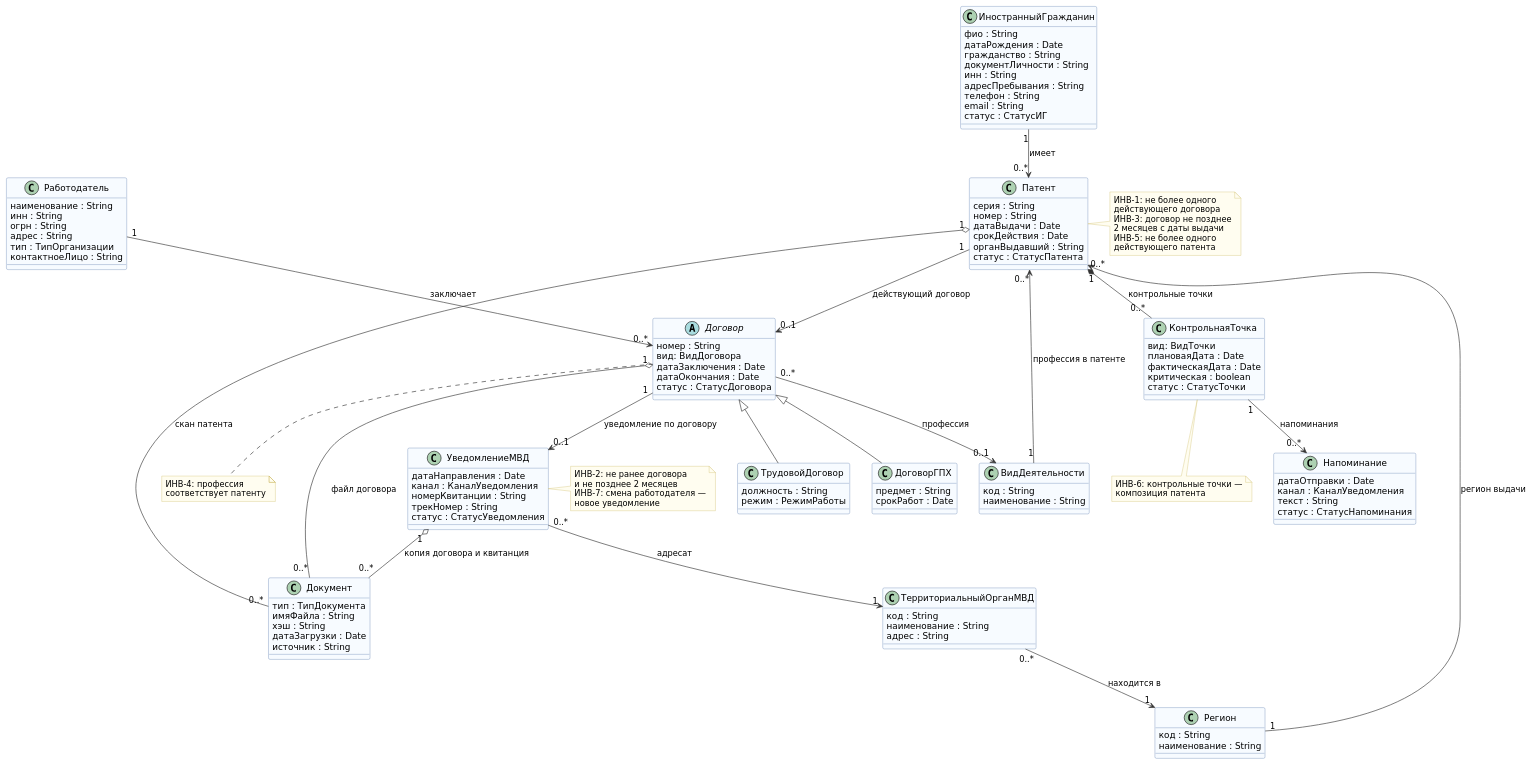
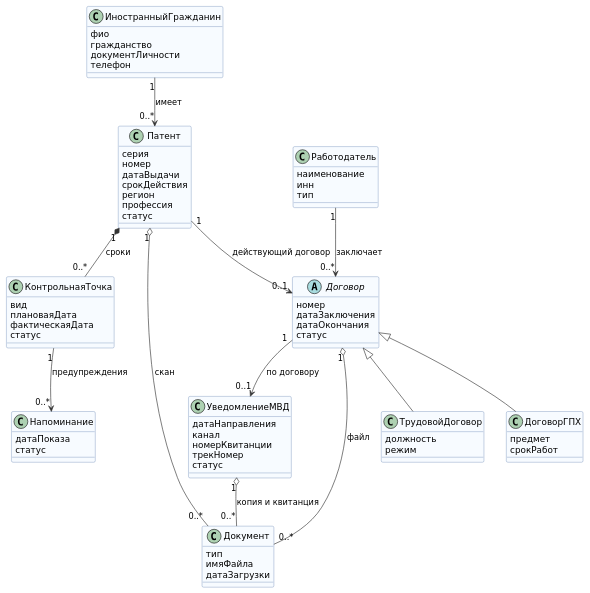
Before and after one commit to mflkee/fms-course: the diagram in lab2-domain-model/class-diagram.puml, drawn with PlantUML. The commit also changed 30 other files, not shown here.

Commit message:
лаб. 1-2: прецеденты в форме существительных, модель сокращена до 10 классов

```diff
--- a/lab2-domain-model/class-diagram.puml
+++ b/lab2-domain-model/class-diagram.puml
@@ -1,165 +1,88 @@
 @startuml class-diagram
-' Диаграмма классов предметной области: «Действия после получения патента» (тема 7 дорожной карты)
-' Состав и кратности — по DESIGN.md, раздел 5.
-' Рендер: plantuml -tpng class-diagram.puml
-' Проверка: plantuml -checkonly class-diagram.puml
-
+' Лаб. 2: модель предметной области темы 7 (пункты 7.1 и 7.2).
+' Только атрибуты; без id, методов и модификаторов доступа.
 skinparam shadowing false
 skinparam defaultFontName "DejaVu Sans"
 skinparam classAttributeIconSize 0
 skinparam class {
   BackgroundColor #F7FBFF
   BorderColor #4A6FA5
-  ArrowColor #333333
 }
-skinparam note {
-  BackgroundColor #FFFDF0
-  BorderColor #C9B458
-}
+skinparam ArrowColor #333333
 
-' --- участники и патент ---
 class ИностранныйГражданин {
-  фио : String
-  датаРождения : Date
-  гражданство : String
-  документЛичности : String
-  инн : String
-  адресПребывания : String
-  телефон : String
-  email : String
-  статус : СтатусИГ
+  фио
+  гражданство
+  документЛичности
+  телефон
 }
 
 class Патент {
-  серия : String
-  номер : String
-  датаВыдачи : Date
-  срокДействия : Date
-  органВыдавший : String
-  статус : СтатусПатента
-}
-
-class Регион {
-  код : String
-  наименование : String
-}
-
-class ВидДеятельности {
-  код : String
-  наименование : String
+  серия
+  номер
+  датаВыдачи
+  срокДействия
+  регион
+  профессия
+  статус
 }
 
 class Работодатель {
-  наименование : String
-  инн : String
-  огрн : String
-  адрес : String
-  тип : ТипОрганизации
-  контактноеЛицо : String
+  наименование
+  инн
+  тип
 }
 
-' --- договоры ---
 abstract class Договор {
-  номер : String
-  вид: ВидДоговора
-  датаЗаключения : Date
-  датаОкончания : Date
-  статус : СтатусДоговора
+  номер
+  датаЗаключения
+  датаОкончания
+  статус
 }
 class ТрудовойДоговор {
-  должность : String
-  режим : РежимРаботы
+  должность
+  режим
 }
 class ДоговорГПХ {
-  предмет : String
-  срокРабот : Date
+  предмет
+  срокРабот
 }
 Договор <|-- ТрудовойДоговор
 Договор <|-- ДоговорГПХ
 
 class УведомлениеМВД {
-  датаНаправления : Date
-  канал : КаналУведомления
-  номерКвитанции : String
-  трекНомер : String
-  статус : СтатусУведомления
+  датаНаправления
+  канал
+  номерКвитанции
+  трекНомер
+  статус
 }
 
-class ТерриториальныйОрганМВД {
-  код : String
-  наименование : String
-  адрес : String
-}
-
-' --- сроки ---
 class КонтрольнаяТочка {
-  вид: ВидТочки
-  плановаяДата : Date
-  фактическаяДата : Date
-  критическая : boolean
-  статус : СтатусТочки
+  вид
+  плановаяДата
+  фактическаяДата
+  статус
 }
 
 class Напоминание {
-  датаОтправки : Date
-  канал : КаналУведомления
-  текст : String
-  статус : СтатусНапоминания
+  датаПоказа
+  статус
 }
 
-' --- документы ---
 class Документ {
-  тип : ТипДокумента
-  имяФайла : String
-  хэш : String
-  датаЗагрузки : Date
-  источник : String
+  тип
+  имяФайла
+  датаЗагрузки
 }
 
-' --- связи (кратности — окончательные, DESIGN.md §5) ---
 ИностранныйГражданин "1" --> "0..*" Патент : имеет
-Регион "1" --> "0..*" Патент : регион выдачи
-ВидДеятельности "1" --> "0..*" Патент : профессия в патенте
-
 Патент "1" --> "0..1" Договор : действующий договор
 Работодатель "1" --> "0..*" Договор : заключает
-Договор "0..*" --> "0..1" ВидДеятельности : профессия
-
-Договор "1" --> "0..1" УведомлениеМВД : уведомление по договору
-УведомлениеМВД "0..*" --> "1" ТерриториальныйОрганМВД : адресат
-ТерриториальныйОрганМВД "0..*" --> "1" Регион : находится в
-
-Патент "1" *-- "0..*" КонтрольнаяТочка : контрольные точки
-КонтрольнаяТочка "1" --> "0..*" Напоминание : напоминания
-
-Патент "1" o-- "0..*" Документ : скан патента
-Договор "1" o-- "0..*" Документ : файл договора
-УведомлениеМВД "1" o-- "0..*" Документ : копия договора и квитанция
-
-note right of Патент
-  ИНВ-1: не более одного
-  действующего договора
-  ИНВ-3: договор не позднее
-  2 месяцев с даты выдачи
-  ИНВ-5: не более одного
-  действующего патента
-end note
-
-note bottom of Договор
-  ИНВ-4: профессия
-  соответствует патенту
-end note
-
-note right of УведомлениеМВД
-  ИНВ-2: не ранее договора
-  и не позднее 2 месяцев
-  ИНВ-7: смена работодателя —
-  новое уведомление
-end note
-
-note bottom of КонтрольнаяТочка
-  ИНВ-6: контрольные точки —
-  композиция патента
-end note
-
+Договор "1" --> "0..1" УведомлениеМВД : по договору
+Патент "1" *-- "0..*" КонтрольнаяТочка : сроки
+КонтрольнаяТочка "1" --> "0..*" Напоминание : предупреждения
+Патент "1" o-- "0..*" Документ : скан
+Договор "1" o-- "0..*" Документ : файл
+УведомлениеМВД "1" o-- "0..*" Документ : копия и квитанция
 @enduml
```
